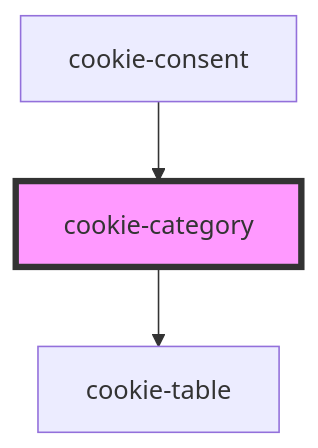
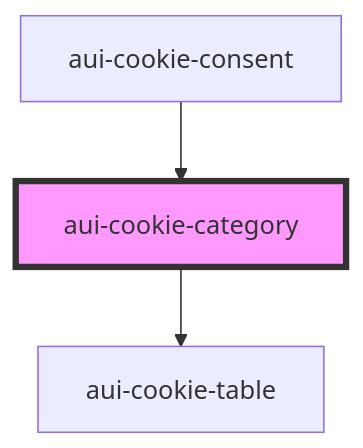
Before and after one commit to digipolisantwerp/antwerp-ui_web-components: the diagram in src/components/cookie-consent/cookie-category/readme.md, drawn with Mermaid. The commit also changed other lines of this file and 7 other files, not shown here.

````diff
--- a/src/components/cookie-consent/cookie-category/readme.md
+++ b/src/components/cookie-consent/cookie-category/readme.md
@@ -29,6 +29,6 @@
 ```mermaid
 graph TD;
-  cookie-category --> cookie-table
-  cookie-consent --> cookie-category
-  style cookie-category fill:#f9f,stroke:#333,stroke-width:4px
+  aui-cookie-category --> aui-cookie-table
+  aui-cookie-consent --> aui-cookie-category
+  style aui-cookie-category fill:#f9f,stroke:#333,stroke-width:4px
 ```
````
